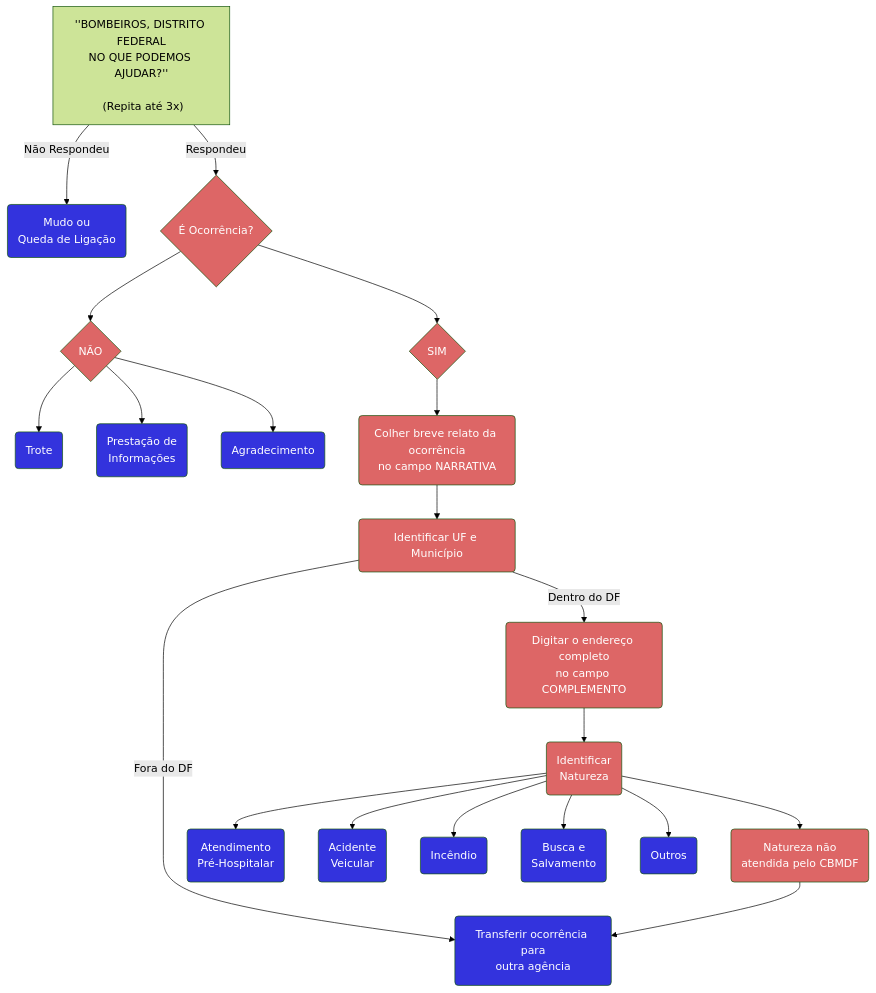
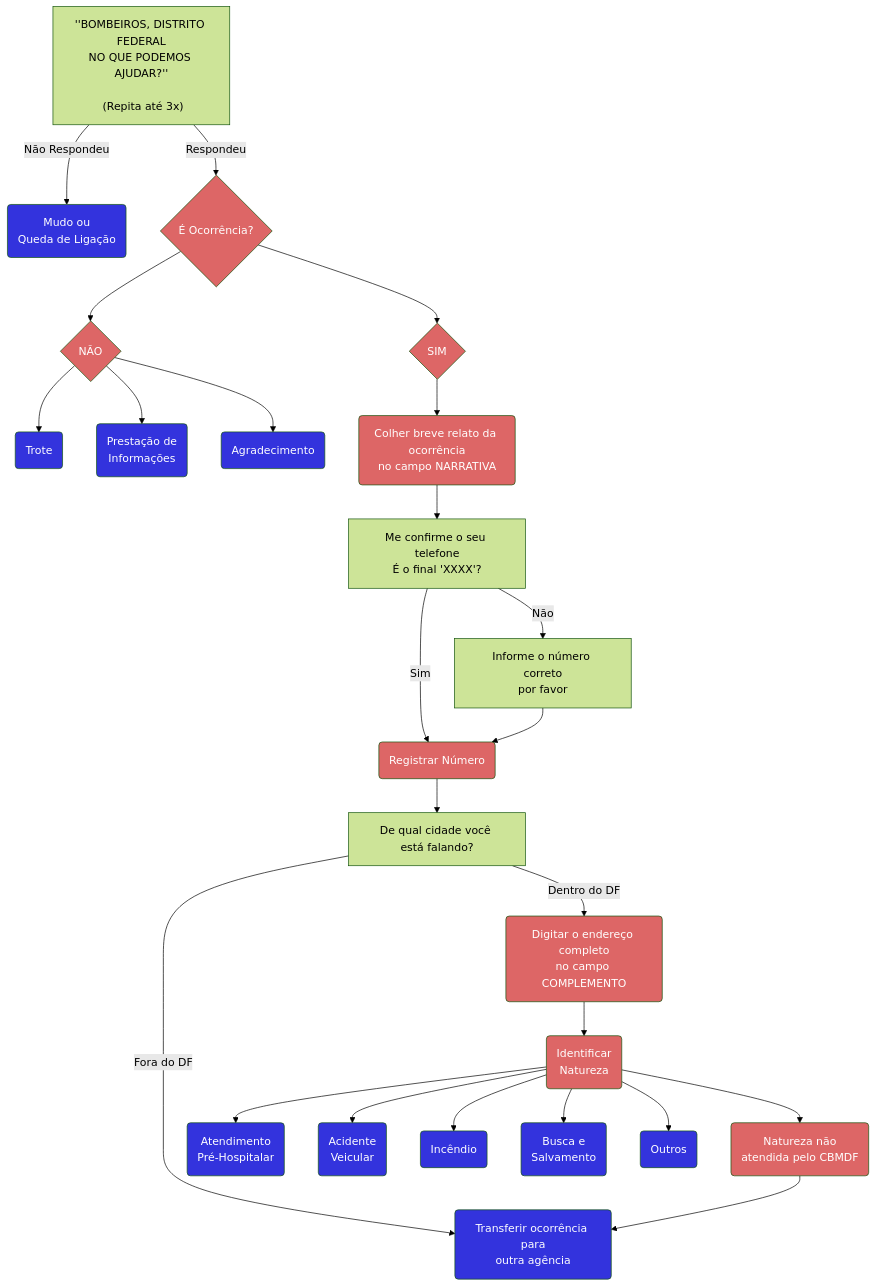
One commit to winstein27/protocolo-193 changed the first of 5 diagrams in docs/index.mdx. Above: the diagram before and after it, drawn with Mermaid (forest theme). The commit also changed other lines of this file and 7 other files, not shown here.

````diff
--- a/docs/index.mdx
+++ b/docs/index.mdx
@@ -9,41 +9,44 @@
 ```mermaid
 graph TD;
 
     saudacao_inicial["''BOMBEIROS, DISTRITO FEDERAL\nNO QUE PODEMOS AJUDAR?''\n\n (Repita até 3x)"]-->|Não Respondeu|Mudo(Mudo ou\nQueda de Ligação):::Link
     saudacao_inicial-->|Respondeu|Identificar_tipo_chamado{É Ocorrência?}:::Atendente
     Identificar_tipo_chamado --> Classificar_incidente{NÃO}:::Atendente
     Identificar_tipo_chamado --> Classificar_ocorrencia{SIM}:::Atendente
     Classificar_incidente --> Trote(Trote):::Link
     Classificar_incidente --> Prestacao_informacoes(Prestação de\nInformações):::Link
     Classificar_incidente --> Agradecimento(Agradecimento):::Link
     Classificar_ocorrencia --> Coletar_relato(Colher breve relato da ocorrência\nno campo NARRATIVA):::Atendente
-    Coletar_relato --> Coletar_cidade(Identificar UF e Município):::Atendente
+    Coletar_relato --> Confirmar_telefone["Me confirme o seu telefone\nÉ o final 'XXXX'?"]
+    Confirmar_telefone --> |Sim|Corrigir_numero(Registrar Número):::Atendente
+    Confirmar_telefone --> |Não|Solicitar_numero[Informe o número correto\npor favor]
+    Solicitar_numero --> Corrigir_numero
+    Corrigir_numero --> Coletar_cidade[De qual cidade você está falando?]
     Coletar_cidade --> |Fora do DF|Transferir_ocorrencia(Transferir ocorrência para\noutra agência)
     Coletar_cidade --> |Dentro do DF|Registrar_endereco(Digitar o endereço completo\nno campo COMPLEMENTO):::Atendente
-    Registrar_endereco --> 
-    Identificar_grupos(Identificar\nNatureza):::Atendente
+    Registrar_endereco --> Identificar_grupos(Identificar\nNatureza):::Atendente
     Identificar_grupos --> Natureza_nao_atendida_pelo_CBMDF("Natureza não\natendida pelo CBMDF"):::Atendente
     Natureza_nao_atendida_pelo_CBMDF --> Transferir_ocorrencia:::Link
     Identificar_grupos --> Atendimento_pre_hospitalar(Atendimento\nPré-Hospitalar):::Link
     Identificar_grupos --> Acidente_veicular(Acidente\nVeicular):::Link
     Identificar_grupos --> Incendio(Incêndio):::Link
     Identificar_grupos --> Busca_salvamento(Busca e\nSalvamento):::Link
     Identificar_grupos --> Outros(Outros):::Link
 
     classDef Atendente fill:#d66, color:#fff
     classDef Link fill:#33d, color:#fff
 
     click Trote "#trote" "Trote"
     click Mudo "#mudo-ou-queda-de-ligação" "Mudo ou QUeda de Ligação"
     click Agradecimento "#agradecimento" "Agradecimento"
     click Prestacao_informacoes "#prestação-de-informações" "Prestação de Informações"
     click Classificar_ocorrencia "#ocorrência" "Ocorrência"
 
     click Transferir_ocorrencia "#transferir-ocorrência" "Transferir Ocorrência"
     click Atendimento_pre_hospitalar "atendimento/atendimento_pre_hospitalar" "Atendimento Pré-Hospitalar"
     click Acidente_veicular "#acidente-veicular" "Acidente Veicular"
     click Incendio "atendimento/incendio" "Incêndio"
     click Busca_salvamento "#busca-e-salvamento" "Busca e Salvamento"
     click Outros "#outros" "Outros"
 
 ```
````
